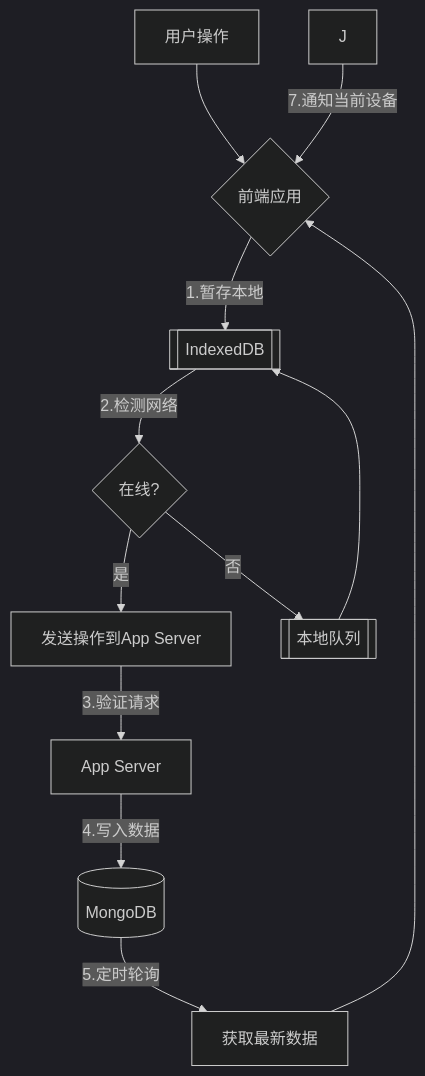
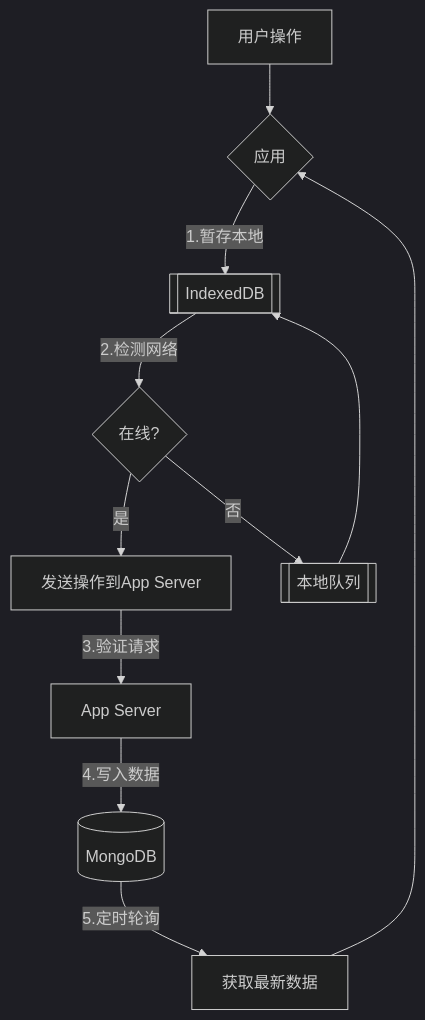
Before and after one commit to yingjianzh/iodraw-files: the diagram in all/未命名-21.md, drawn with Mermaid (dark theme).

Commit message:
2025-02-17 14:54:39 update

````diff
--- a/all/未命名-21.md
+++ b/all/未命名-21.md
@@ -1,13 +1,13 @@
 ```mermaid
 graph TD
-    A[用户操作] --> B{前端应用}
+    A[用户操作] --> B{应用}
     B -->|1.暂存本地| C[[IndexedDB]]
     C -->|2.检测网络| D{在线?}
     D -->|是| E[发送操作到App Server]
     D -->|否| F[[本地队列]] --> C
     E -->|3.验证请求| G[App Server]
     G -->|4.写入数据| H[(MongoDB)]
     H -->|5.定时轮询| I[获取最新数据]
-    I -->B
-    J -->|7.通知当前设备| B
+    I --> B
+    
 ```
````
